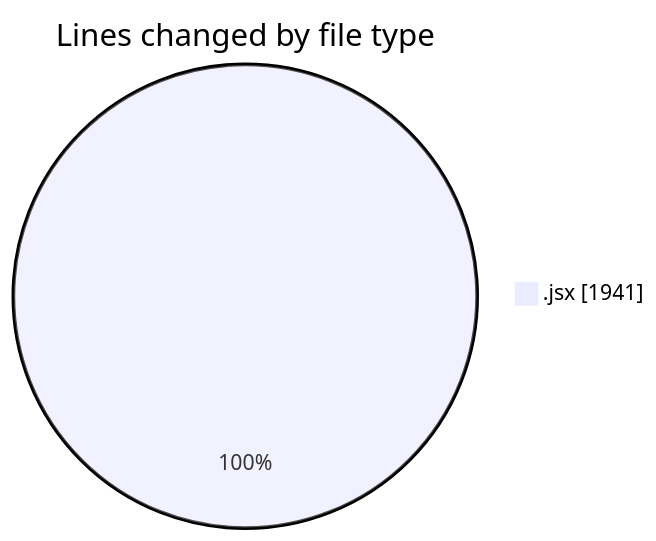
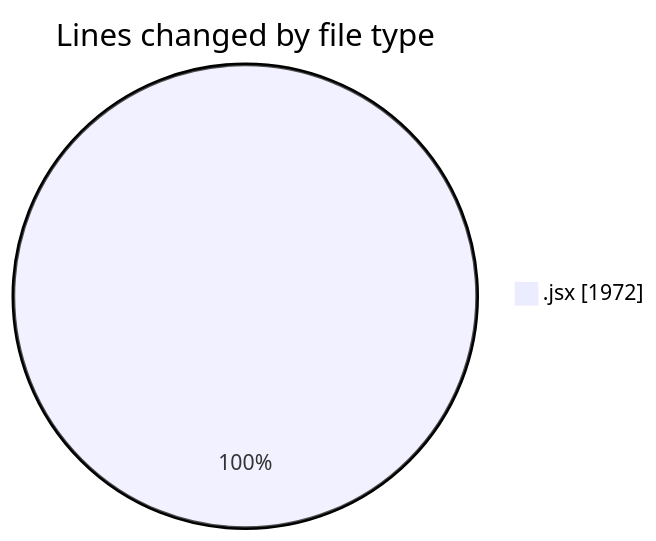
One commit to nxtqubesakshisongat/code-tracking changed the first of 2 diagrams in 2025-10-13/nxtqube_webapp/README.md. Above: the diagram before and after it, drawn with Mermaid. The commit also changed other lines of this file and 1 other file, not shown here.

````diff
--- a/2025-10-13/nxtqube_webapp/README.md
+++ b/2025-10-13/nxtqube_webapp/README.md
@@ -21,5 +21,5 @@
 ```mermaid
 pie showData
 title Lines changed by file type
-".jsx" : 1941
+".jsx" : 1972
 ```
````
